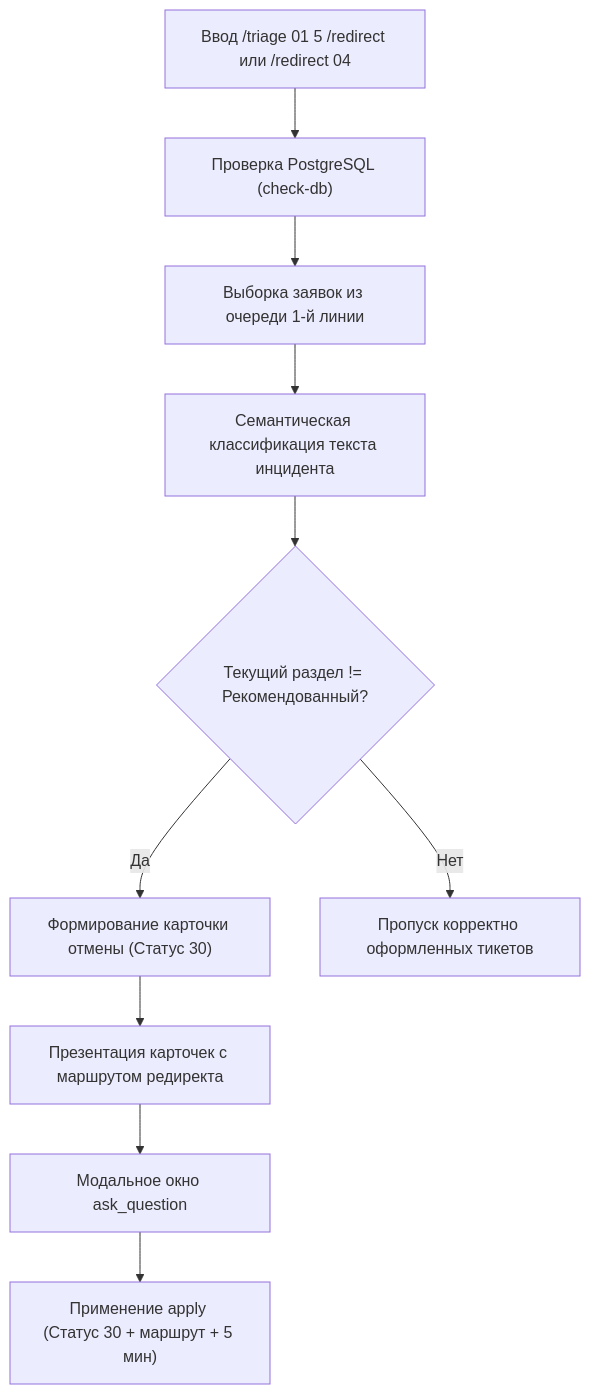
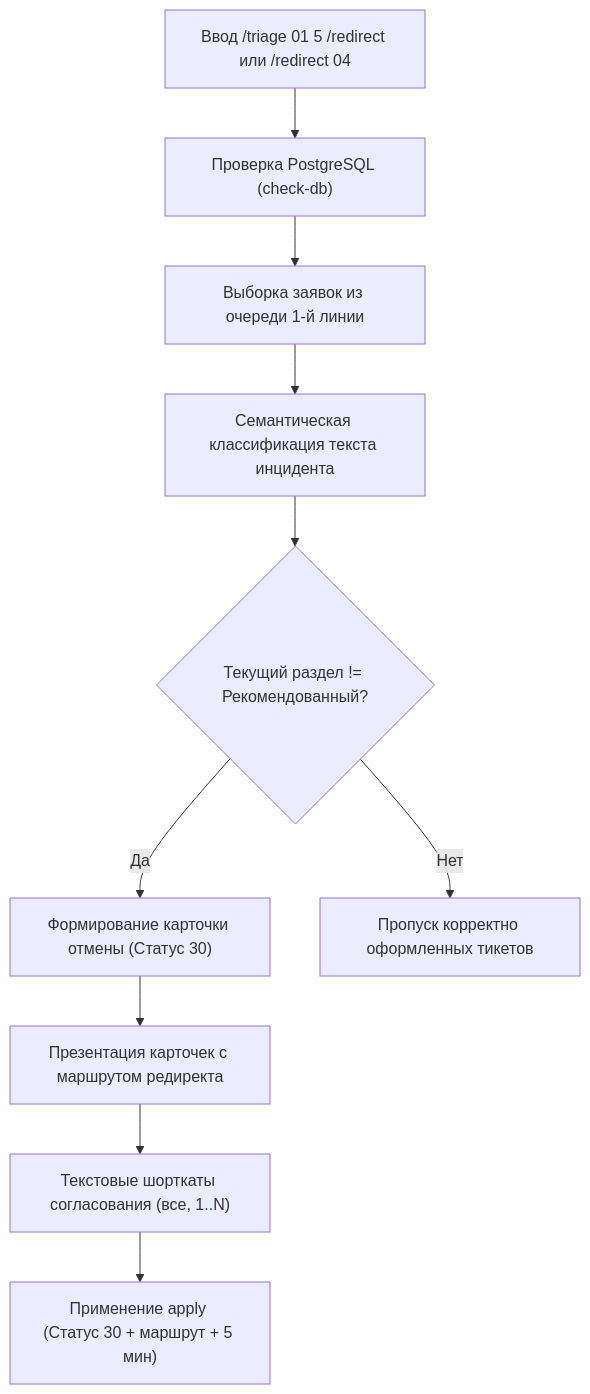
One commit to Unlesssebl/IntraLink changed the second of 2 diagrams in helpdesk_agent/docs/WORKFLOWS.md. Above: the diagram before and after it, drawn with Mermaid. The commit also changed other lines of this file and 2 other files, not shown here.

````diff
--- a/helpdesk_agent/docs/WORKFLOWS.md
+++ b/helpdesk_agent/docs/WORKFLOWS.md
@@ -93,12 +77,12 @@
 ```mermaid
 graph TD
     A["Ввод /triage 01 5 /redirect или /redirect 04"] --> B["Проверка PostgreSQL (check-db)"]
     B --> C["Выборка заявок из очереди 1-й линии"]
     C --> D["Семантическая классификация текста инцидента"]
     D --> E{"Текущий раздел != Рекомендованный?"}
     E -->|Да| F["Формирование карточки отмены (Статус 30)"]
     E -->|Нет| G["Пропуск корректно оформленных тикетов"]
     F --> H["Презентация карточек с маршрутом редиректа"]
-    H --> I["Модальное окно ask_question"]
+    H --> I["Текстовые шорткаты согласования (все, 1..N)"]
     I --> J["Применение apply (Статус 30 + маршрут + 5 мин)"]
 ```
````
